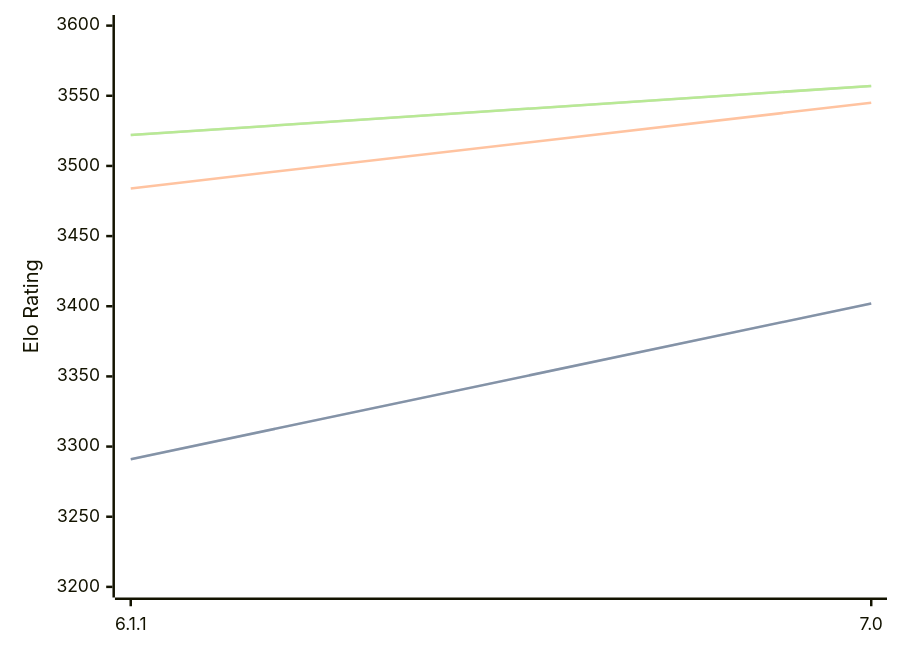
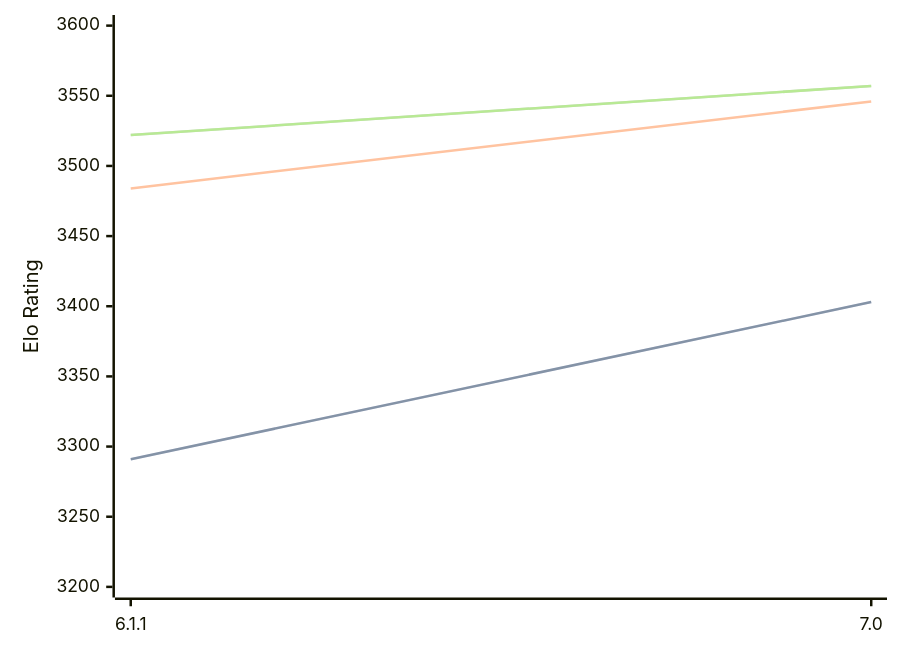
One commit to computer-chess-index/cci changed the diagram in engines/Astra.md. Above: the diagram before and after it, drawn with Mermaid. The commit also changed other lines of this file, not shown here.

````diff
--- a/engines/Astra.md
+++ b/engines/Astra.md
@@ -32,11 +32,11 @@
 ```mermaid
 %%{init: {"theme":"base","themeVariables":{"seriesColors:['#a3a3a3','#222221','#faa371']}}}%%
 xychart-beta
   x-axis ["6.1.1", "7.0"]
   y-axis "Elo Rating" 3200 --> 3600
-  line "" [3291, 3402]
-  line "STC (8.0+0.08s)" [3291, 3402]
-  line "LTC (60.0+0.60s)" [3484, 3545]
+  line "" [3291, 3403]
+  line "STC (8.0+0.08s)" [3291, 3403]
+  line "LTC (60.0+0.60s)" [3484, 3546]
   line "" [3522, 3557]
   line "VLTC (2m24s+1.12s)" [3522, 3557]
 ```
````
